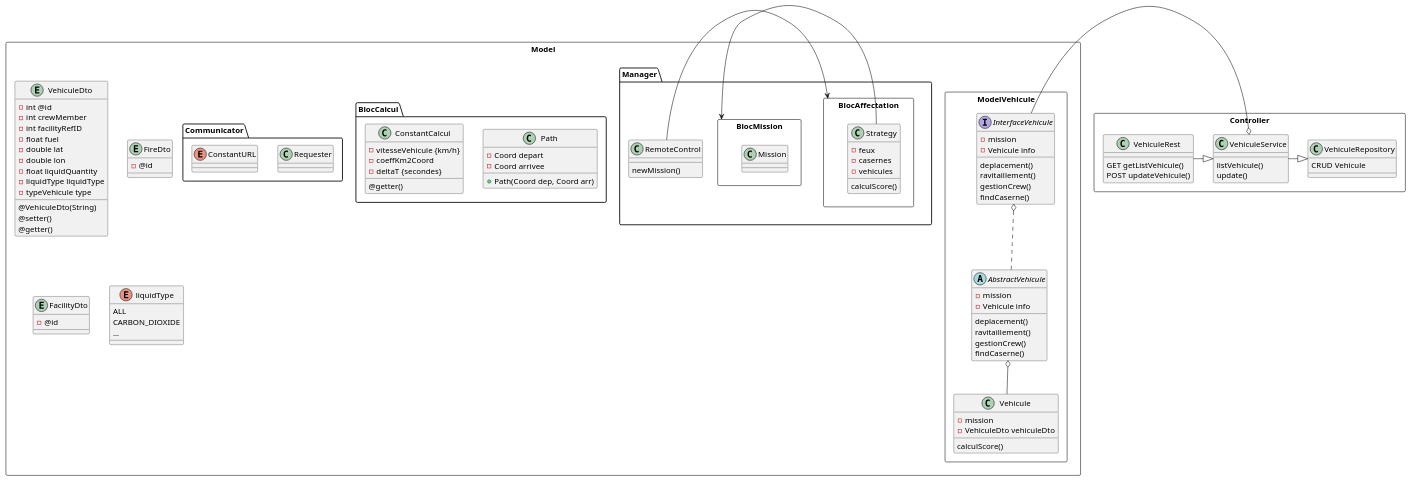
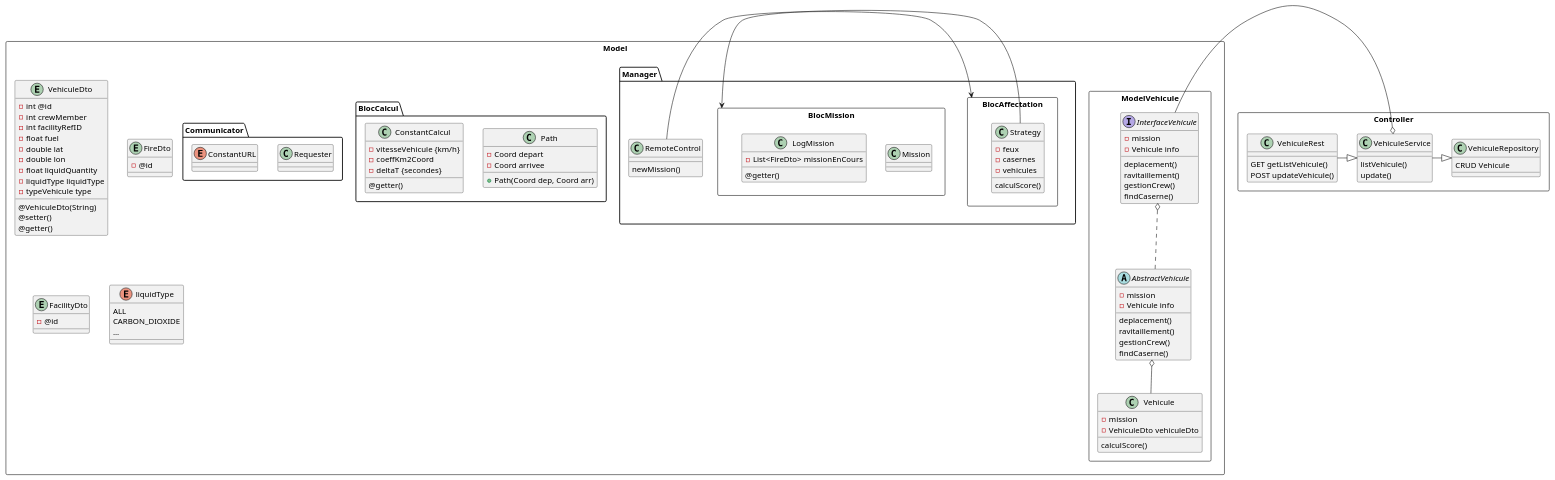
The diagram in architecture.plantuml (Elliot-Garcia/Projet_Majeure), drawn with PlantUML before and after one commit. The commit also changed 4 other files, not shown here.

```diff
--- a/architecture.plantuml
+++ b/architecture.plantuml
@@ -1,141 +1,146 @@
 @startuml
 
 package Model <<Rectangle>> {
     entity VehiculeDto {
       - int @id
       - int crewMember
       - int facilityRefID
       - float fuel
       - double lat
       - double lon
       - float liquidQuantity
       - liquidType liquidType
       - typeVehicule type
 
         @VehiculeDto(String)
       @setter()
       @getter()
     }
 
     entity FireDto {
         - @id
     }
     entity FacilityDto {
         - @id
     }
 
     enum liquidType {
         ALL
         CARBON_DIOXIDE
         ...
     }
 
     package ModelVehicule <<rectangle>> {
         interface InterfaceVehicule {
             - mission
             - Vehicule info
             deplacement()
             ravitaillement()
             gestionCrew()
             findCaserne()
         }
 
         abstract AbstractVehicule {
             - mission
             - Vehicule info
             deplacement()
             ravitaillement()
             gestionCrew()
             findCaserne()
         }
 
         class Vehicule {
             - mission
             - VehiculeDto vehiculeDto
             calculScore()
         }
 
         InterfaceVehicule o.. AbstractVehicule
         AbstractVehicule o-- Vehicule
     }
 
     package Manager <<Folder>> {
 
         class RemoteControl {
             newMission()
         }
 
         package BlocAffectation <<rectangle>> {
             class Strategy {
                 - feux
                 - casernes
                 - vehicules
                 calculScore()
             }
         }
 
         package BlocMission <<rectangle>> {
             class Mission {
             }
+
+            class LogMission {
+                - List<FireDto> missionEnCours
+                @getter() 
+            }
         }
 
         RemoteControl -> BlocAffectation
         Strategy -> BlocMission
 
     }
 
     package BlocCalcul <<Folder>> {
         class Path {
             - Coord depart
             - Coord arrivee
             + Path(Coord dep, Coord arr)
         }
 
         class ConstantCalcul {
             - vitesseVehicule {km/h}
             - coeffKm2Coord
             - deltaT {secondes}
             @getter()
         }
     }
 
     package Communicator <<Folder>> {
 
         class Requester {
 
         }
 
         enum ConstantURL {
 
         }
 
     }
 
 }
 
 package Controller <<Rectangle>> {
 
     class VehiculeRepository {
         CRUD Vehicule
     }
 
     class VehiculeService {
         listVehicule()
         update()
     }
 
     class VehiculeRest {
         GET getListVehicule()
         POST updateVehicule()
     }
 
     VehiculeRest -|> VehiculeService
     VehiculeService -|> VehiculeRepository
 
     VehiculeService o- InterfaceVehicule
 
 }
 
 
 
 @enduml
```
